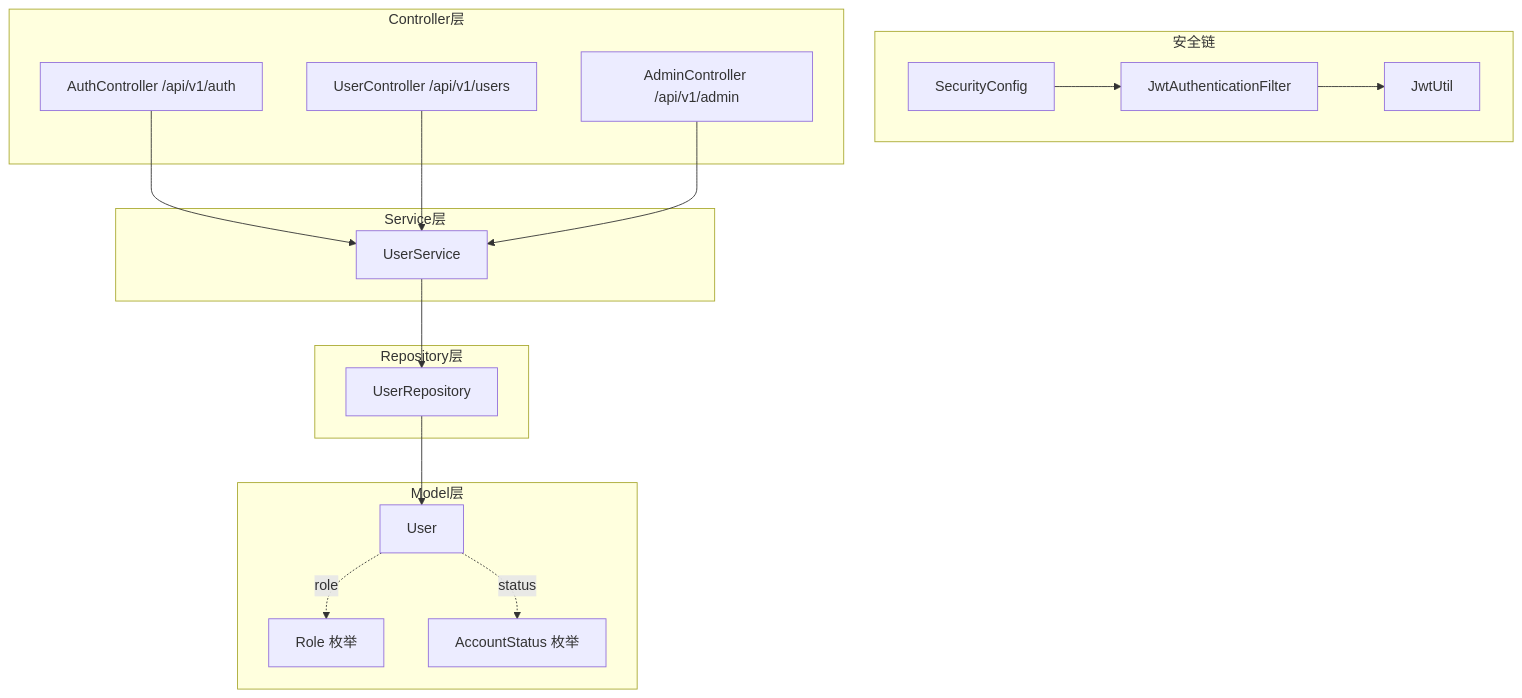
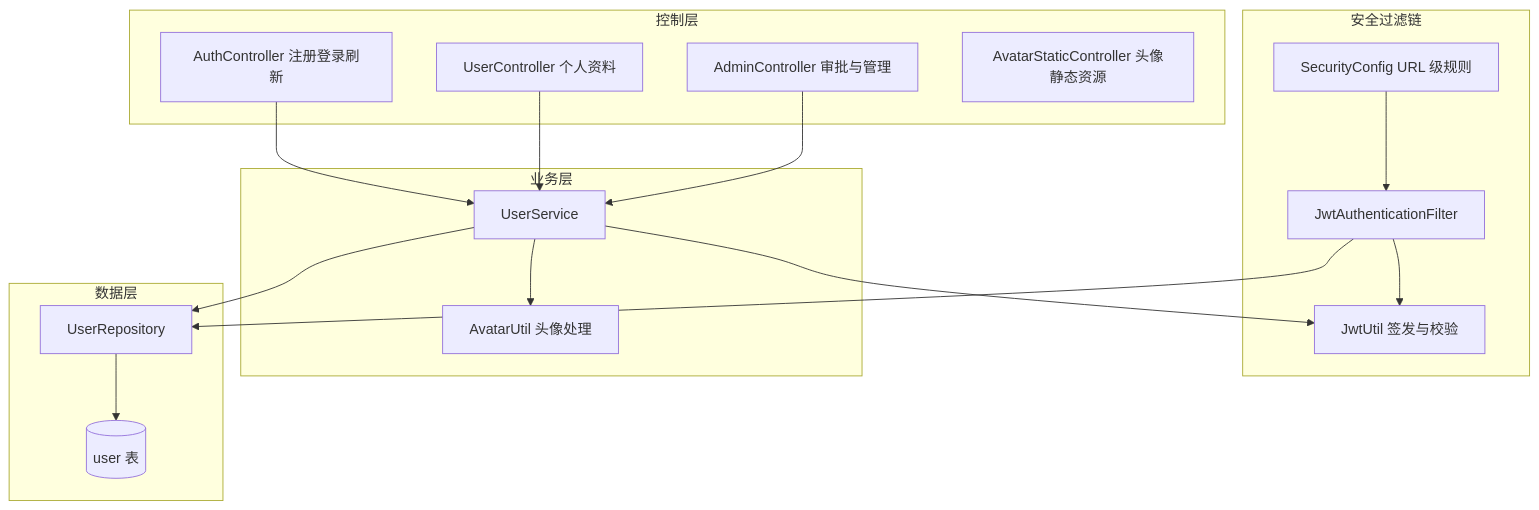
One commit to mambo-wang/CodingHub changed the first of 2 diagrams in repowiki/wiki/modules/用户与认证.md. Above: the diagram before and after it, drawn with Mermaid. The commit also changed other lines of this file and 59 other files, not shown here.

````diff
--- a/repowiki/wiki/modules/用户与认证.md
+++ b/repowiki/wiki/modules/用户与认证.md
@@ -27,31 +19,32 @@
 ```mermaid
 graph TD
-    subgraph "安全链"
-        SC[SecurityConfig]
-        JF[JwtAuthenticationFilter]
-        JU[JwtUtil]
+    subgraph "控制层"
+        AuthCtl[AuthController 注册登录刷新]
+        UserCtl[UserController 个人资料]
+        AdminCtl[AdminController 审批与管理]
+        AvatarCtl[AvatarStaticController 头像静态资源]
     end
-    subgraph "Controller层"
-        AC[AuthController /api/v1/auth]
-        UC[UserController /api/v1/users]
-        ADC[AdminController /api/v1/admin]
+    subgraph "安全过滤链"
+        SecCfg[SecurityConfig URL 级规则]
+        JwtFilter[JwtAuthenticationFilter]
+        JwtU[JwtUtil 签发与校验]
     end
-    subgraph "Service层"
-        US[UserService]
+    subgraph "业务层"
+        UserSvc[UserService]
+        AvatarU[AvatarUtil 头像处理]
     end
-    subgraph "Repository层"
-        UR[UserRepository]
+    subgraph "数据层"
+        UserRepo[UserRepository]
+        UserTbl[(user 表)]
     end
-    subgraph "Model层"
-        U[User]
-        R[Role 枚举]
-        AS[AccountStatus 枚举]
-    end
-    SC --> JF --> JU
-    AC --> US
-    UC --> US
-    ADC --> US
-    US --> UR --> U
-    U -.role.-> R
-    U -.status.-> AS
+    AuthCtl --> UserSvc
+    UserCtl --> UserSvc
+    AdminCtl --> UserSvc
+    JwtFilter --> JwtU
+    JwtFilter --> UserRepo
+    SecCfg --> JwtFilter
+    UserSvc --> UserRepo
+    UserSvc --> JwtU
+    UserSvc --> AvatarU
+    UserRepo --> UserTbl
 ```
````
